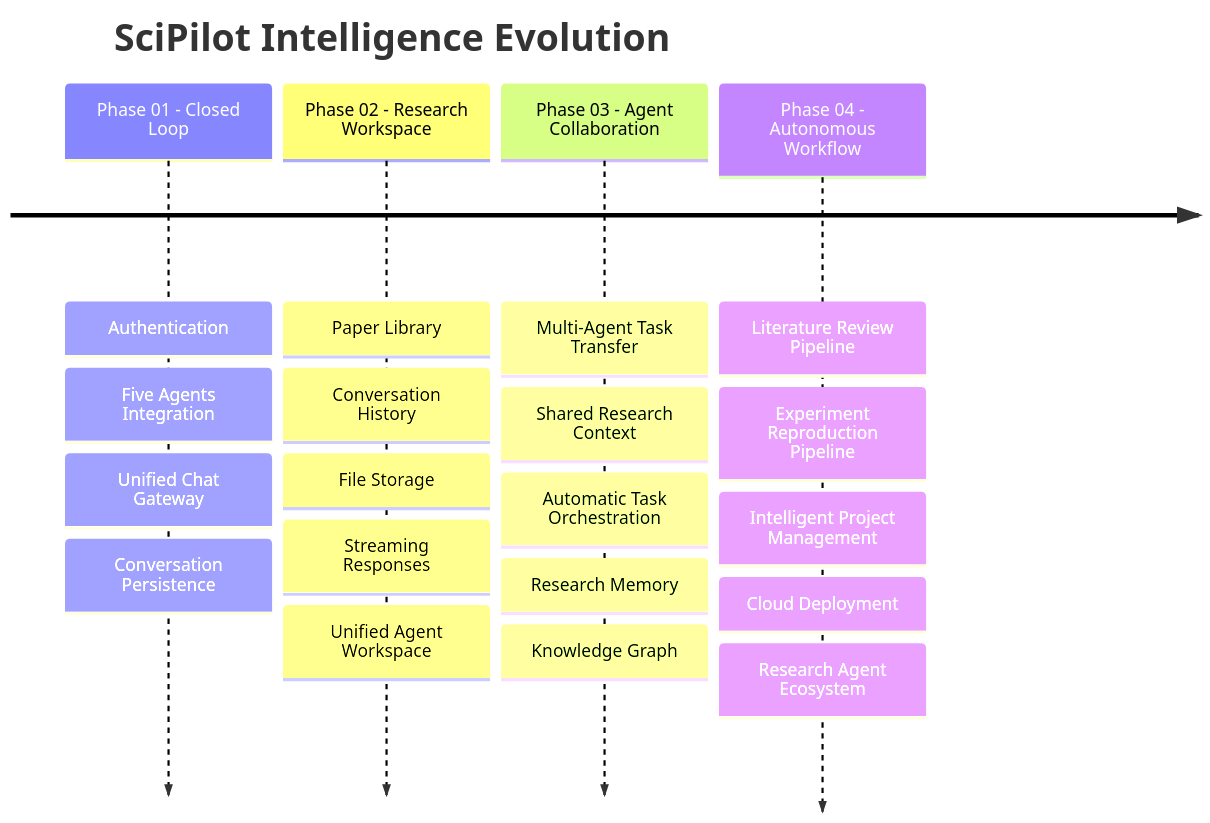
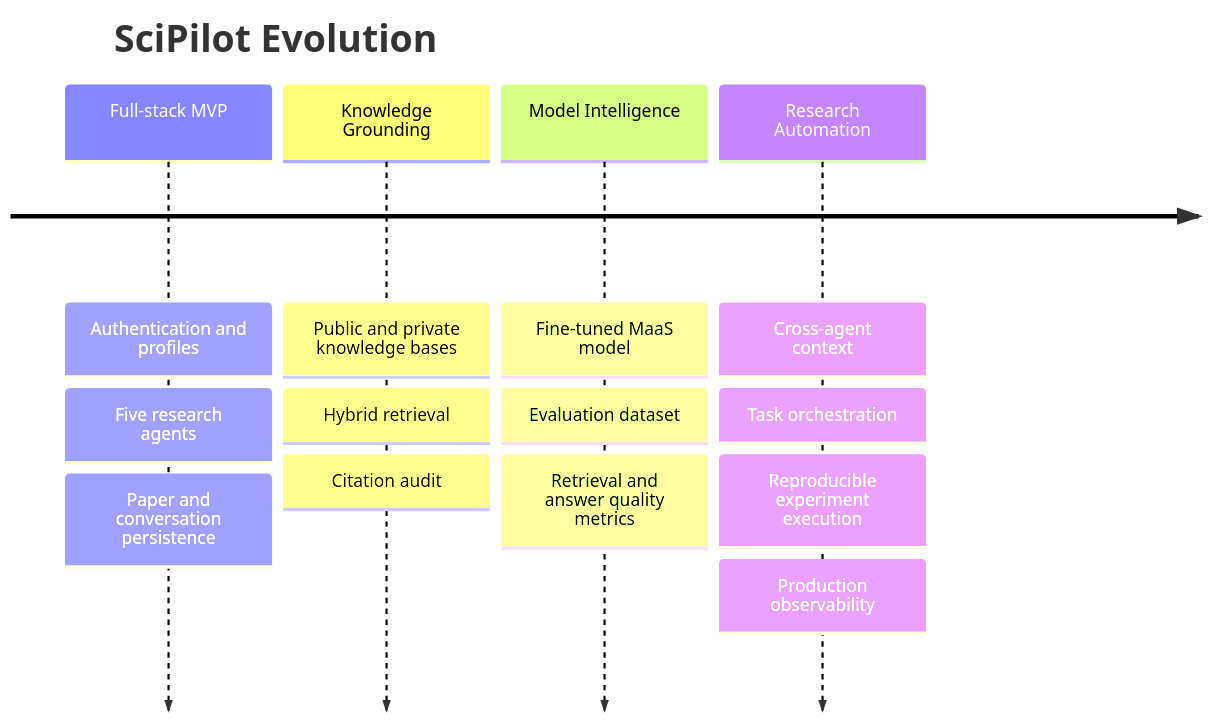
One commit to telitor/SciPilot changed the third of 3 diagrams in README.md. Above: the diagram before and after it, drawn with Mermaid. The commit also changed other lines of this file, not shown here.

````diff
--- a/README.md
+++ b/README.md
@@ -897,31 +440,21 @@
 ```mermaid
 timeline
-    title SciPilot Intelligence Evolution
-
-    Phase 01 - Closed Loop
-      : Authentication
-      : Five Agents Integration
-      : Unified Chat Gateway
-      : Conversation Persistence
-
-    Phase 02 - Research Workspace
-      : Paper Library
-      : Conversation History
-      : File Storage
-      : Streaming Responses
-      : Unified Agent Workspace
-
-    Phase 03 - Agent Collaboration
-      : Multi-Agent Task Transfer
-      : Shared Research Context
-      : Automatic Task Orchestration
-      : Research Memory
-      : Knowledge Graph
-
-    Phase 04 - Autonomous Workflow
-      : Literature Review Pipeline
-      : Experiment Reproduction Pipeline
-      : Intelligent Project Management
-      : Cloud Deployment
-      : Research Agent Ecosystem
+    title SciPilot Evolution
+    Full-stack MVP
+      : Authentication and profiles
+      : Five research agents
+      : Paper and conversation persistence
+    Knowledge Grounding
+      : Public and private knowledge bases
+      : Hybrid retrieval
+      : Citation audit
+    Model Intelligence
+      : Fine-tuned MaaS model
+      : Evaluation dataset
+      : Retrieval and answer quality metrics
+    Research Automation
+      : Cross-agent context
+      : Task orchestration
+      : Reproducible experiment execution
+      : Production observability
 ```
````
